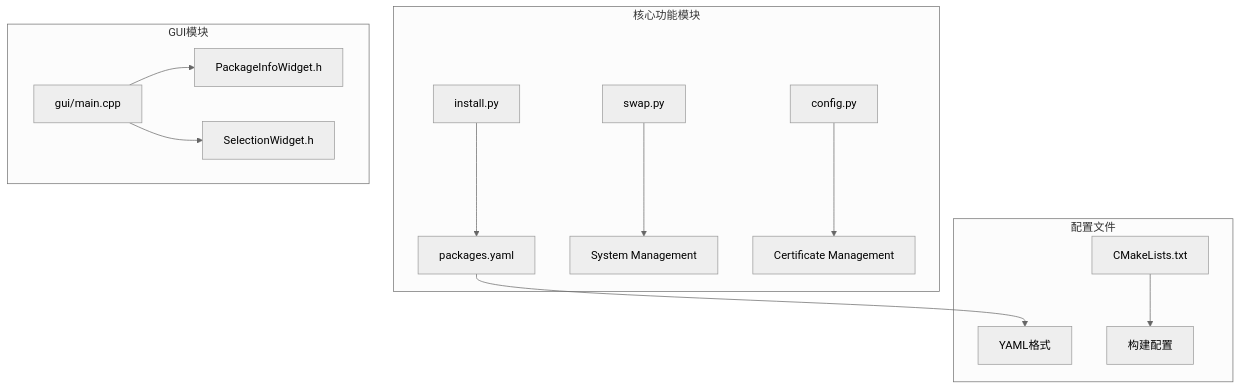
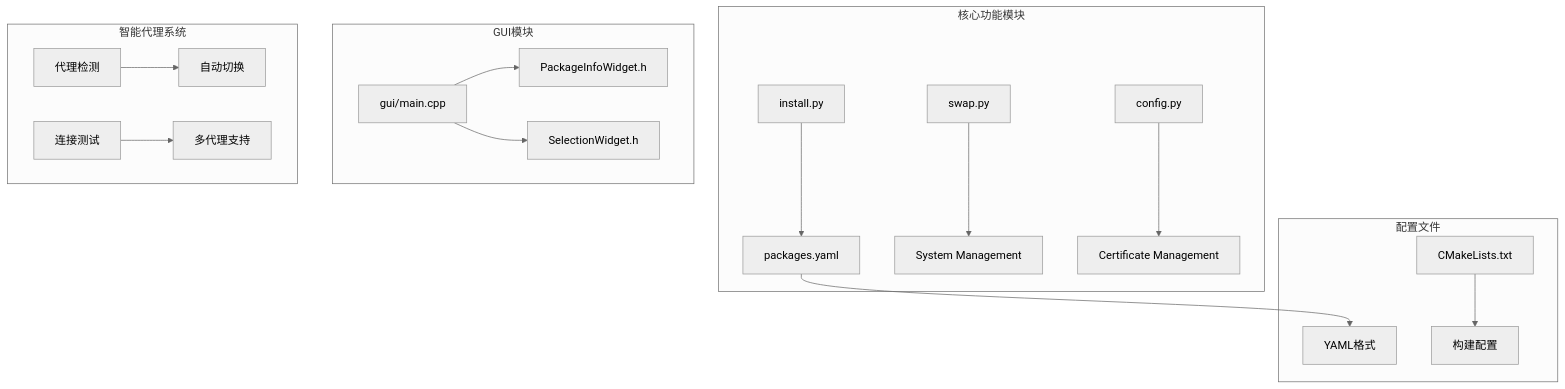
Before and after one commit to firestrongarch/install: the first of 13 diagrams in .qoder/repowiki/zh/content/核心功能/核心功能.md, drawn with Mermaid (neutral theme). The commit also changed other lines of this file and 5 other files, not shown here.

````diff
--- a/.qoder/repowiki/zh/content/核心功能/核心功能.md
+++ b/.qoder/repowiki/zh/content/核心功能/核心功能.md
@@ -40,16 +49,20 @@
 ```mermaid
 graph TB
 subgraph "核心功能模块"
 A[install.py] --> B[packages.yaml]
 C[swap.py] --> D[System Management]
 E[config.py] --> F[Certificate Management]
 end
 subgraph "GUI模块"
 G[gui/main.cpp] --> H[PackageInfoWidget.h]
 G --> I[SelectionWidget.h]
 end
 subgraph "配置文件"
 B --> J[YAML格式]
 K[CMakeLists.txt] --> L[构建配置]
 end
+subgraph "智能代理系统"
+M[代理检测] --> N[自动切换]
+O[连接测试] --> P[多代理支持]
+end
 ```
````
